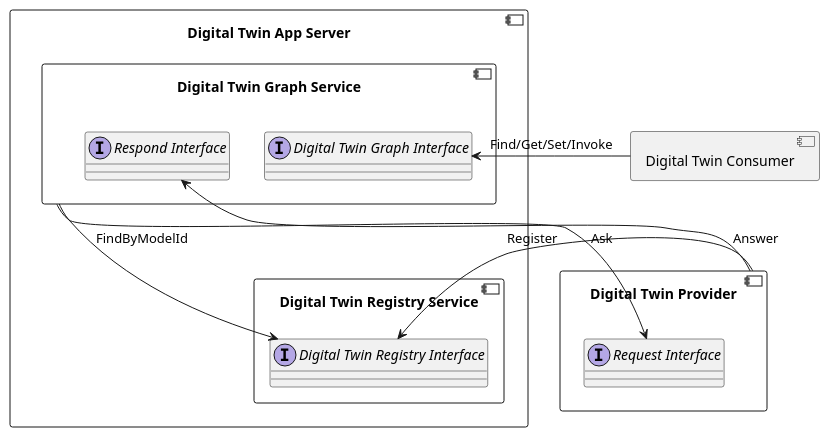
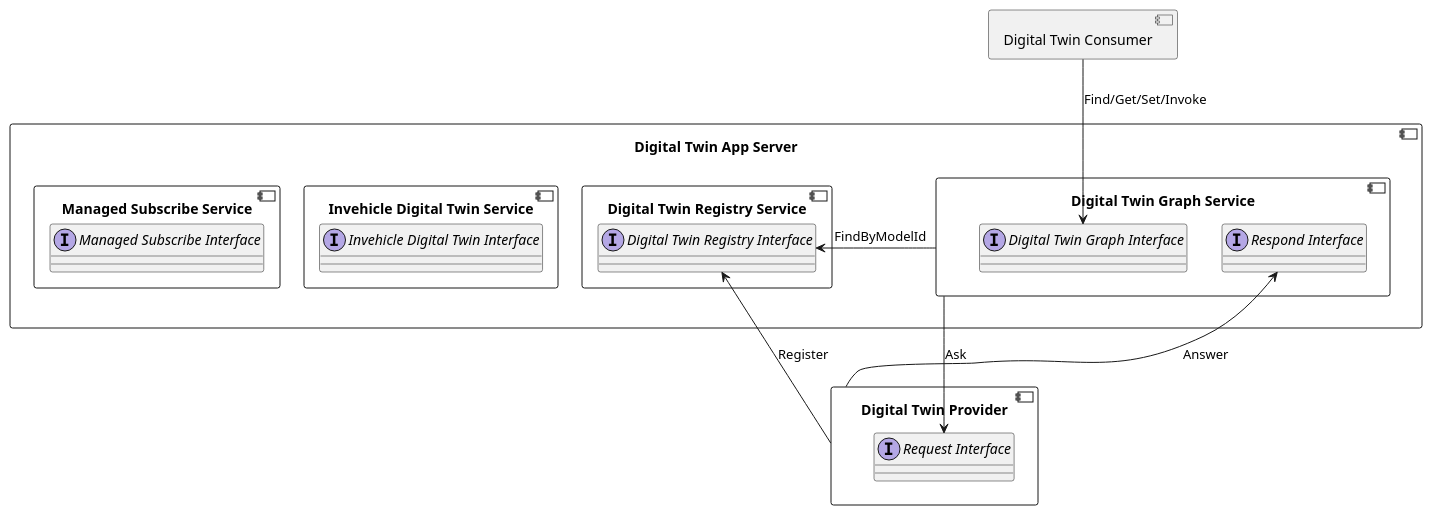
One commit to eclipse-ibeji/ibeji changed the diagram in docs/design/modules/digital_twin_graph/diagrams/digital_twin_graph_component.puml. Above: the diagram before and after it, drawn with PlantUML. The commit also changed 9 other files, not shown here.

Commit message:
Digital Twin Graph

```diff
--- a/docs/design/modules/digital_twin_graph/diagrams/digital_twin_graph_component.puml
+++ b/docs/design/modules/digital_twin_graph/diagrams/digital_twin_graph_component.puml
@@ -1,30 +1,36 @@
 @startuml
 
 component "Digital Twin Consumer" {
 }
 
 component "Digital Twin App Server" {
   component "Digital Twin Graph Service" {
     interface "Digital Twin Graph Interface"
     interface "Respond Interface"
   }
   component "Digital Twin Registry Service" {
     interface "Digital Twin Registry Interface"
   }
+  component "Invehicle Digital Twin Service" {
+    interface "Invehicle Digital Twin Interface"
+  }
+  component "Managed Subscribe Service" {
+    interface "Managed Subscribe Interface"
+  }
 }
 
 component "Digital Twin Provider" {
   interface "Request Interface"
 }
 
-"Digital Twin Provider" -left-> "Digital Twin Registry Interface" : Register
+"Digital Twin Provider" -up-> "Digital Twin Registry Interface" : Register
 
-"Digital Twin Consumer" -right-> "Digital Twin Graph Interface" : Find/Get/Set/Invoke
+"Digital Twin Consumer" -down-> "Digital Twin Graph Interface" : Find/Get/Set/Invoke
 
-"Digital Twin Graph Service" -down-> "Digital Twin Registry Interface": FindByModelId
+"Digital Twin Graph Service" -left-> "Digital Twin Registry Interface": FindByModelId
 
-"Digital Twin Graph Service" -right-> "Request Interface": Ask
+"Digital Twin Graph Service" -down-> "Request Interface": Ask
 
-"Digital Twin Provider" -left-> "Respond Interface": Answer
+"Digital Twin Provider" -up-> "Respond Interface": Answer
 
 @enduml
```
